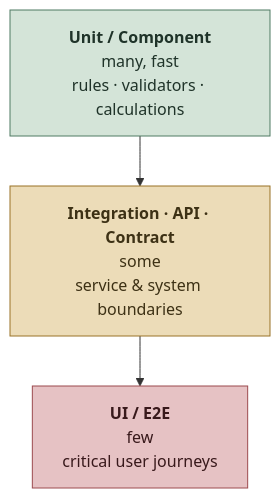
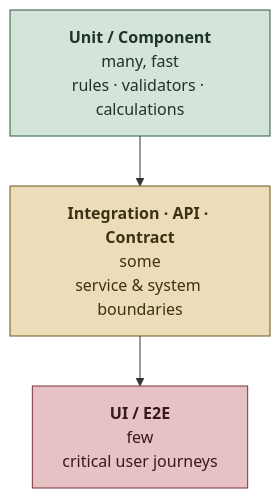
One commit to paulamarcondes/QA_Playbook changed the first of 2 diagrams in 02-during-development.md. Above: the diagram before and after it, drawn with Mermaid. The commit also changed other lines of this file and 11 other files, not shown here.

First line of the commit message:
Polish playbook: QA 5.0, AI usage guide, diagrams, examples, consistency

````diff
--- a/02-during-development.md
+++ b/02-during-development.md
@@ -97,10 +97,10 @@
 ```mermaid
 flowchart TB
     U["<b>Unit / Component</b><br/>many, fast<br/>rules · validators · calculations"]:::base
     I["<b>Integration · API · Contract</b><br/>some<br/>service &amp; system boundaries"]:::mid
     E["<b>UI / E2E</b><br/>few<br/>critical user journeys"]:::top
     U --> I --> E
-    classDef base fill:#d4e4d8,stroke:#4f7a63,color:#1f3329;
-    classDef mid  fill:#ecdcb8,stroke:#997327,color:#3d3115;
-    classDef top  fill:#e6c2c4,stroke:#9c4a4f,color:#38191b;
+    classDef base fill:#d4e4d8,stroke:#2f5a43,color:#1f3329;
+    classDef mid  fill:#ecdcb8,stroke:#6e5418,color:#3d3115;
+    classDef top  fill:#e6c2c4,stroke:#7a3338,color:#38191b;
 ```
````
